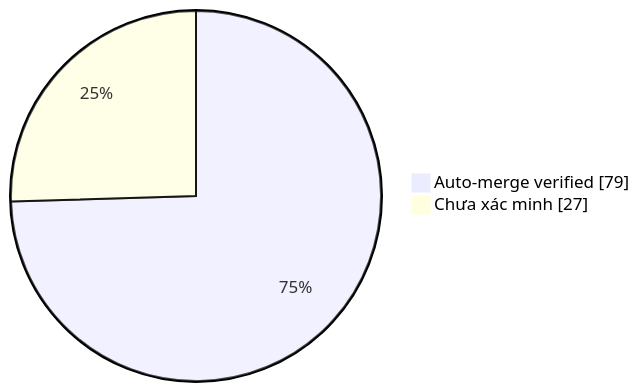
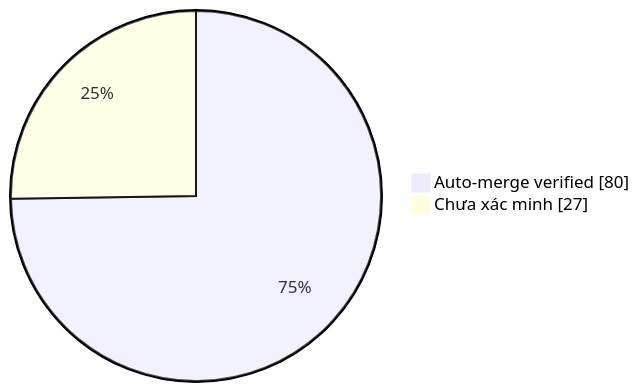
Before and after one commit to duykhang68/tetdinhmuiblog: the diagram in collector.md, drawn with Mermaid. The commit also changed other lines of this file and 1 other file, not shown here.

Commit message:
docs(collector): update auto-merge evidence dashboard

````diff
--- a/collector.md
+++ b/collector.md
@@ -22,5 +22,5 @@
 ```mermaid
 pie showData
-    "Auto-merge verified" : 79
+    "Auto-merge verified" : 80
     "Chưa xác minh" : 27
 ```
````
